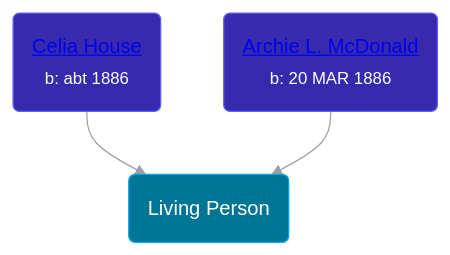
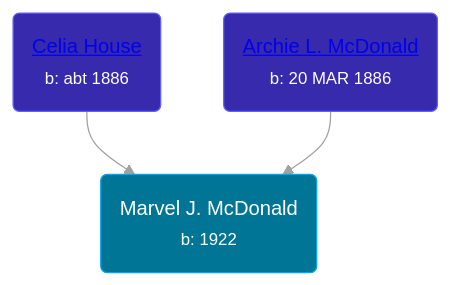
Before and after one commit to wpmgotkh/wpmgotkh.github.io: the diagram in pages/people/1/1324224.md, drawn with Mermaid. The commit also changed other lines of this file and 257 other files, not shown here.

````diff
--- a/pages/people/1/1324224.md
+++ b/pages/people/1/1324224.md
@@ -10,10 +11,10 @@
 ```mermaid
 graph
 classDef grands fill:#193cb8,stroke:#2b7fff,stroke-width:1px,color:#fff;
 classDef parents fill:#372aac,stroke:#615fff,stroke-width:1px,color:#fff;
 classDef primary fill:#007595,stroke:#00a6f4,stroke-width:1px,color:#fff;
-1324224(Living Person):::primary
+1324224(Marvel J. McDonald<br /><small>b: 1922</small>):::primary
 69305794(<a class="text-white" href="/people/6/69305794">Celia House</a><br /><small>b: abt 1886</small>):::parents-->1324224
 52644506(<a class="text-white" href="/people/5/52644506">Archie L. McDonald</a><br /><small>b: 20 MAR 1886</small>):::parents-->1324224
 linkStyle default stroke:#a1a1a1
 ```
````
